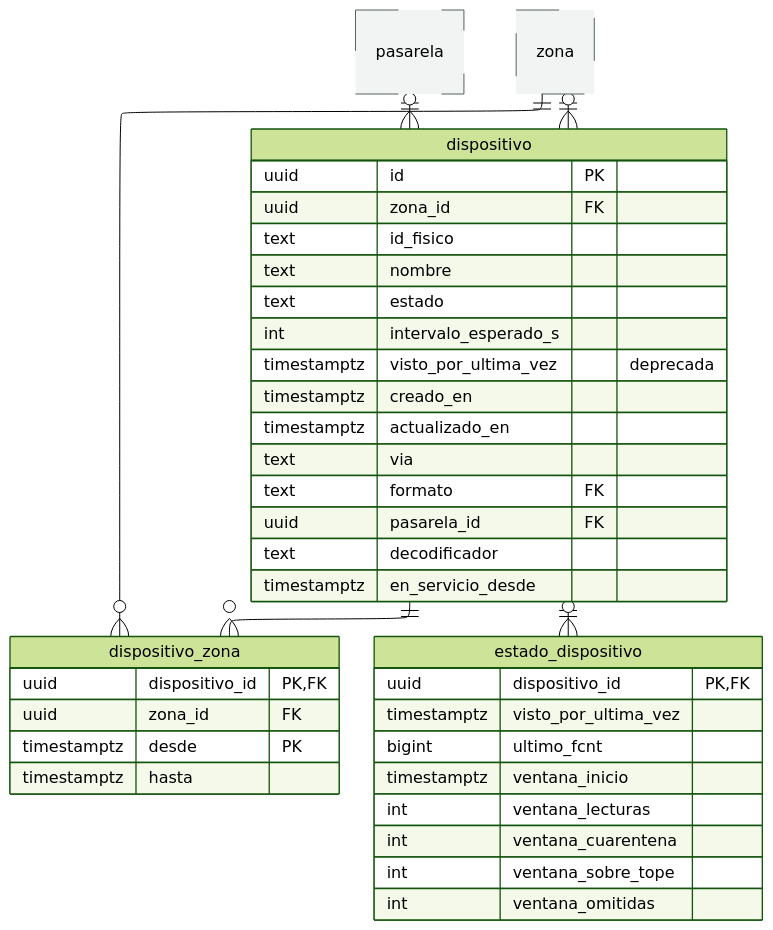
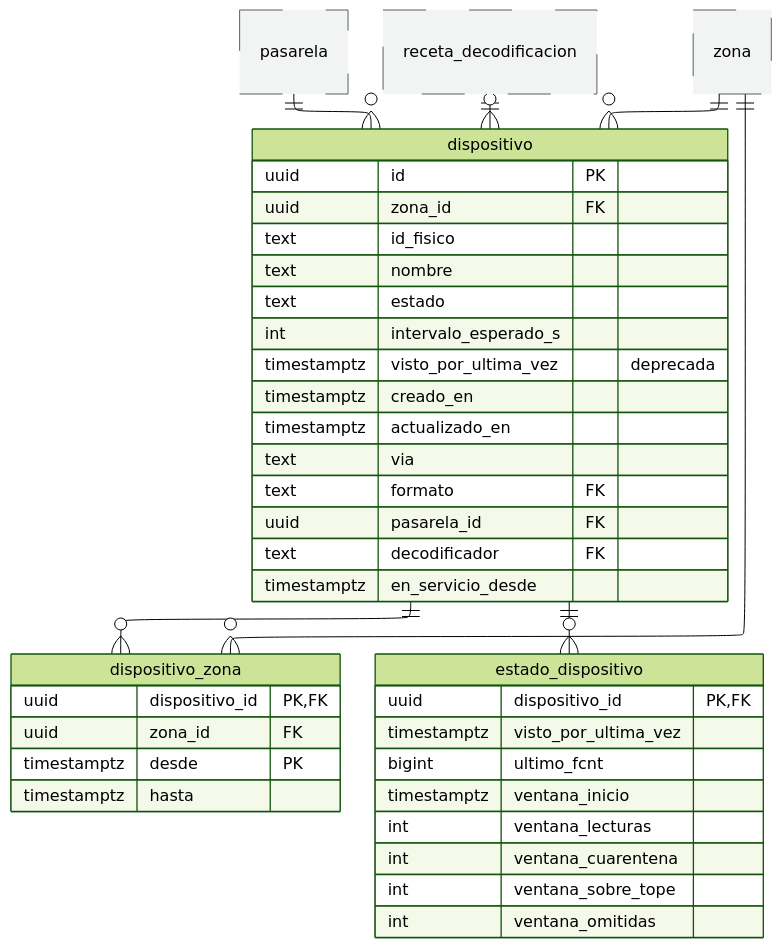
Before and after one commit to vicenterami/tesis: the diagram in informe-oficial/figuras/mermaid/modelo-sitios-y-dispositivos-2.mmd, drawn with Mermaid (forest theme). The commit also changed 36 other files, not shown here.

```diff
--- a/informe-oficial/figuras/mermaid/modelo-sitios-y-dispositivos-2.mmd
+++ b/informe-oficial/figuras/mermaid/modelo-sitios-y-dispositivos-2.mmd
@@ -1,49 +1,52 @@
 ---
 config:
   layout: elk
   er:
     entityPadding: 6
     minEntityWidth: 60
 ---
 erDiagram
     dispositivo ||--o{ dispositivo_zona : ""
     dispositivo ||--o{ estado_dispositivo : ""
     pasarela ||--o{ dispositivo : ""
+    receta_decodificacion ||--o{ dispositivo : ""
     zona ||--o{ dispositivo : ""
     zona ||--o{ dispositivo_zona : ""
     dispositivo {
         uuid id PK
         uuid zona_id FK
         text id_fisico
         text nombre
         text estado
         int intervalo_esperado_s
         timestamptz visto_por_ultima_vez "deprecada"
         timestamptz creado_en
         timestamptz actualizado_en
         text via
         text formato FK
         uuid pasarela_id FK
-        text decodificador
+        text decodificador FK
         timestamptz en_servicio_desde
     }
     dispositivo_zona {
         uuid dispositivo_id PK,FK
         uuid zona_id FK
         timestamptz desde PK
         timestamptz hasta
     }
     estado_dispositivo {
         uuid dispositivo_id PK,FK
         timestamptz visto_por_ultima_vez
         bigint ultimo_fcnt
         timestamptz ventana_inicio
         int ventana_lecturas
         int ventana_cuarentena
         int ventana_sobre_tope
         int ventana_omitidas
     }
     pasarela
+    receta_decodificacion
     zona
     style pasarela fill:#F2F4F3,stroke:#55635B,stroke-dasharray:4 3
+    style receta_decodificacion fill:#F2F4F3,stroke:#55635B,stroke-dasharray:4 3
     style zona fill:#F2F4F3,stroke:#55635B,stroke-dasharray:4 3
```
